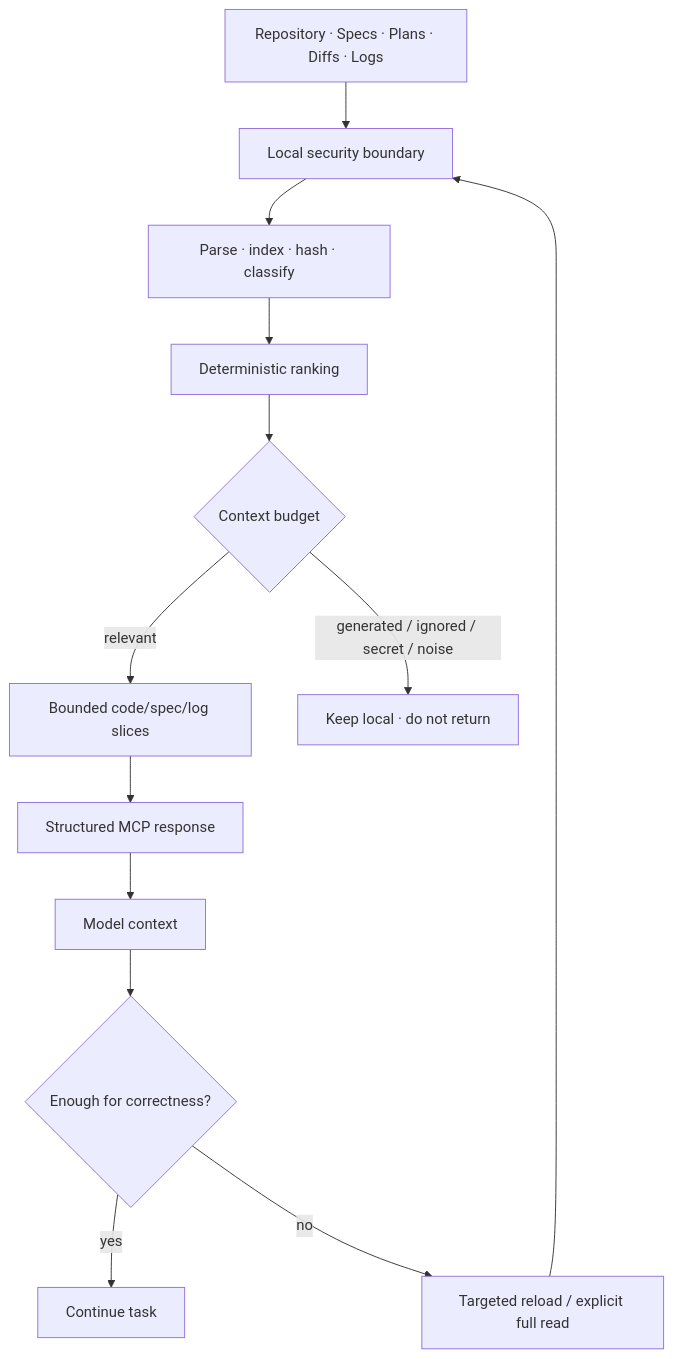
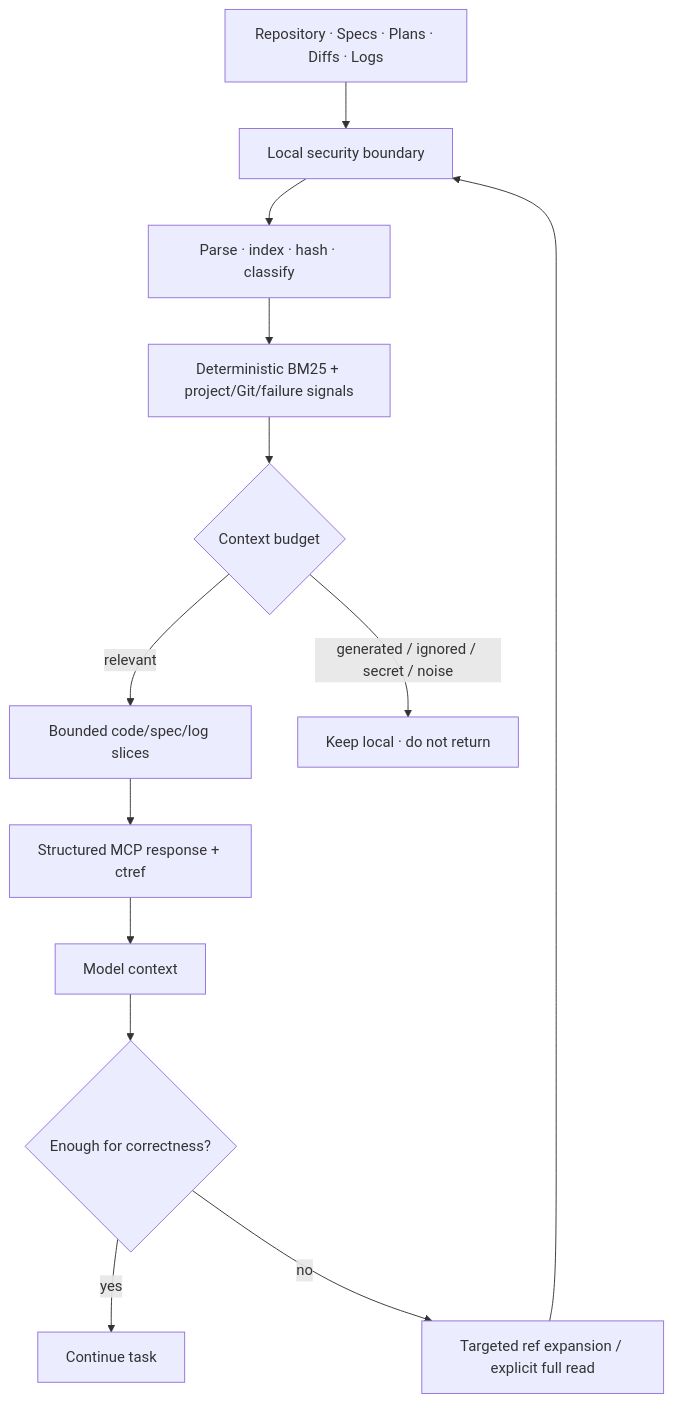
Before and after one commit to ProfRandom92/comptext-conductor-max: the second of 5 diagrams in README.md, drawn with Mermaid. The commit also changed other lines of this file, not shown here.

````diff
--- a/README.md
+++ b/README.md
@@ -72,15 +73,15 @@
 ```mermaid
 flowchart TD
     RAW["Repository · Specs · Plans · Diffs · Logs"] --> SEC["Local security boundary"]
     SEC --> IDX["Parse · index · hash · classify"]
-    IDX --> RANK["Deterministic ranking"]
+    IDX --> RANK["Deterministic BM25 + project/Git/failure signals"]
     RANK --> BUDGET{"Context budget"}
     BUDGET -->|relevant| SLICE["Bounded code/spec/log slices"]
     BUDGET -->|generated / ignored / secret / noise| OMIT["Keep local · do not return"]
-    SLICE --> MCP["Structured MCP response"]
+    SLICE --> MCP["Structured MCP response + ctref"]
     MCP --> LLM["Model context"]
     LLM --> NEED{"Enough for correctness?"}
     NEED -->|yes| WORK["Continue task"]
-    NEED -->|no| TARGET["Targeted reload / explicit full read"]
+    NEED -->|no| TARGET["Targeted ref expansion / explicit full read"]
     TARGET --> SEC
 ```
````
